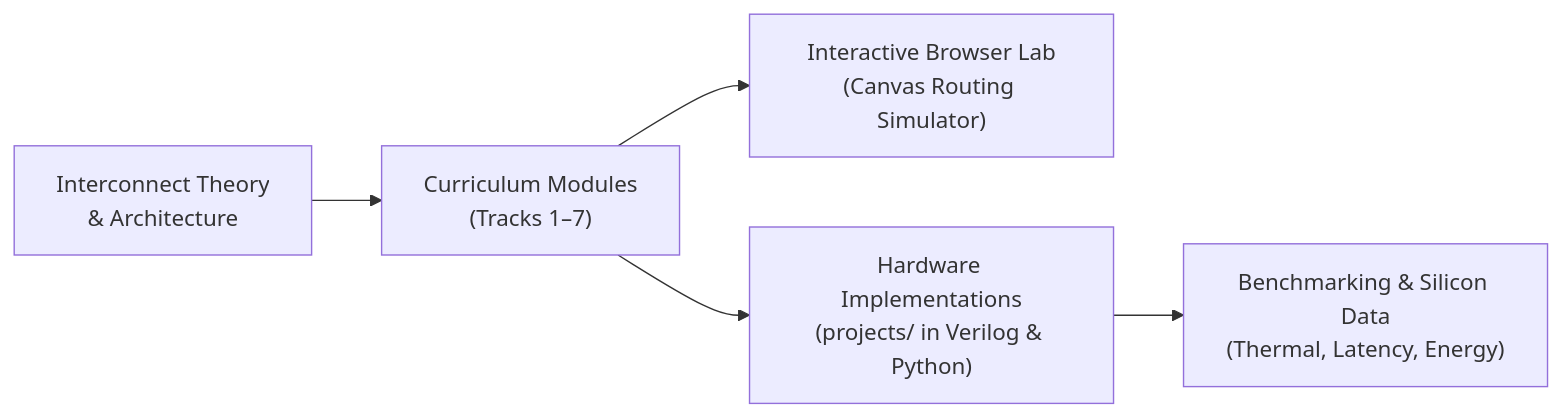
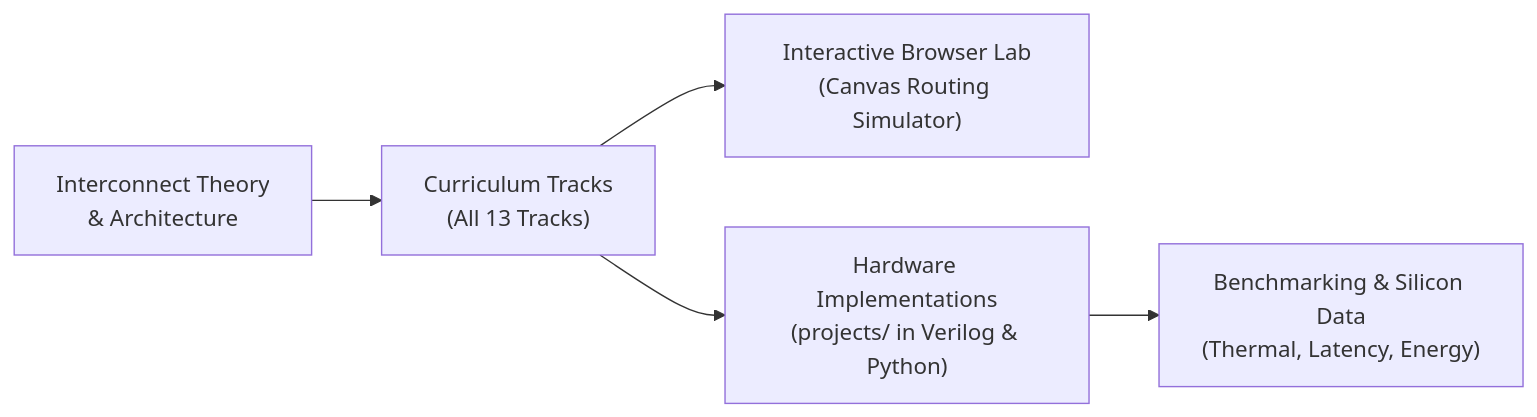
The diagram in docs/index.md (network-on-chip/learning), drawn with Mermaid before and after one commit. The commit also changed other lines of this file and 2 other files, not shown here.

Commit message:
fix(homepage): add direct All 13 Curriculum Tracks button and enhance tab bar scrolling

````diff
--- a/docs/index.md
+++ b/docs/index.md
@@ -581,7 +582,7 @@
 ```mermaid
 graph LR
-  A["Interconnect Theory<br/>& Architecture"] --> B["Curriculum Modules<br/>(Tracks 1–7)"]
+  A["Interconnect Theory<br/>& Architecture"] --> B["Curriculum Tracks<br/>(All 13 Tracks)"]
   B --> C["Interactive Browser Lab<br/>(Canvas Routing Simulator)"]
   B --> D["Hardware Implementations<br/>(projects/ in Verilog & Python)"]
   D --> E["Benchmarking & Silicon Data<br/>(Thermal, Latency, Energy)"]
 ```
````
